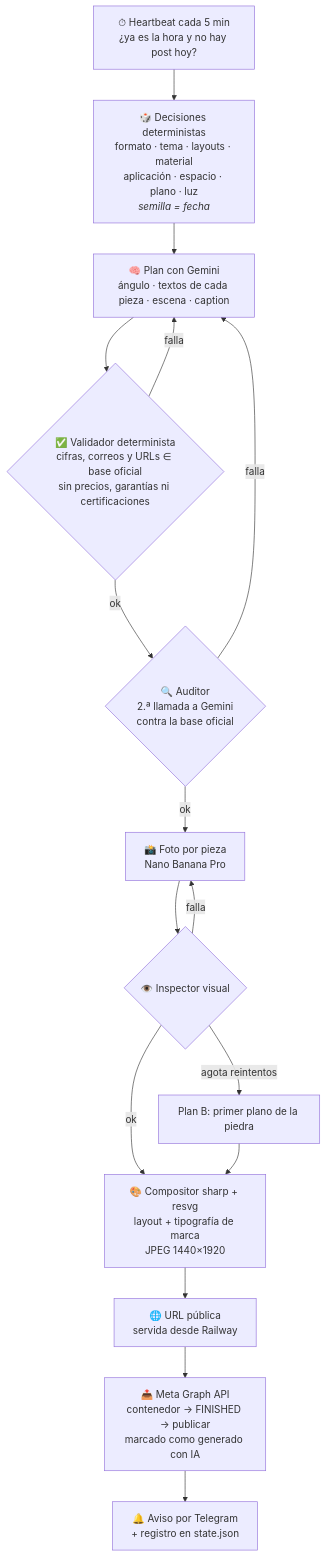
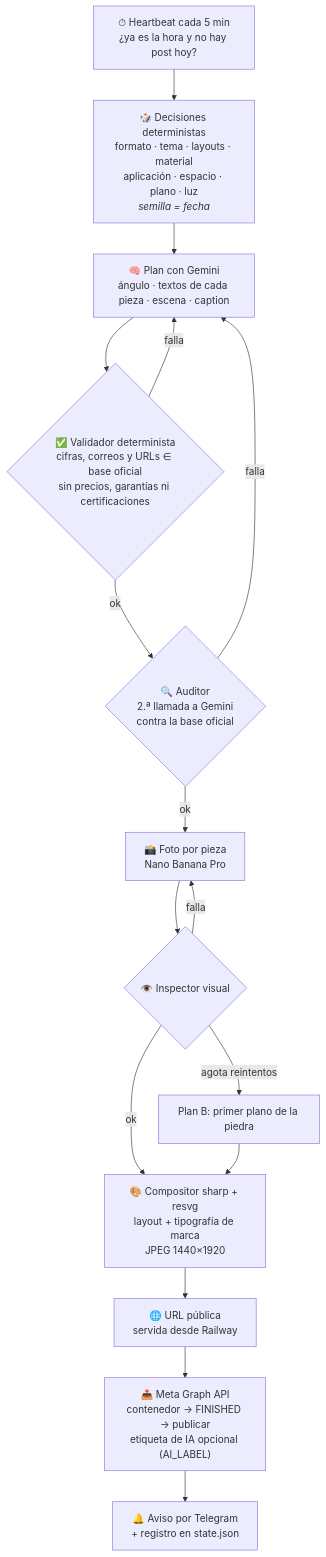
Before and after one commit to Kin9Zeus/Millimeter-SM-Automation: the diagram in README.md, drawn with Mermaid. The commit also changed other lines of this file and 8 other files, not shown here.

First line of the commit message:
Oscar como avatar IA esporádico y publicación sin etiqueta de IA

````diff
--- a/README.md
+++ b/README.md
@@ -47,22 +48,22 @@
 ```mermaid
 flowchart TD
     T["⏱ Heartbeat cada 5 min<br/>¿ya es la hora y no hay post hoy?"] --> D
     D["🎲 Decisiones deterministas<br/>formato · tema · layouts · material<br/>aplicación · espacio · plano · luz<br/><i>semilla = fecha</i>"] --> P
     P["🧠 Plan con Gemini<br/>ángulo · textos de cada pieza · escena · caption"] --> V
     V{"✅ Validador determinista<br/>cifras, correos y URLs ∈ base oficial<br/>sin precios, garantías ni certificaciones"}
     V -- falla --> P
     V -- ok --> A
     A{"🔍 Auditor<br/>2.ª llamada a Gemini<br/>contra la base oficial"}
     A -- falla --> P
     A -- ok --> F
     F["📸 Foto por pieza<br/>Nano Banana Pro"] --> I
     I{"👁️ Inspector visual"}
     I -- falla --> F
     I -- "agota reintentos" --> X["Plan B: primer plano de la piedra"]
     I -- ok --> C
     X --> C
     C["🎨 Compositor sharp + resvg<br/>layout + tipografía de marca<br/>JPEG 1440×1920"] --> U
     U["🌐 URL pública<br/>servida desde Railway"] --> M
-    M["📤 Meta Graph API<br/>contenedor → FINISHED → publicar<br/>marcado como generado con IA"] --> N
+    M["📤 Meta Graph API<br/>contenedor → FINISHED → publicar<br/>etiqueta de IA opcional (AI_LABEL)"] --> N
     N["🔔 Aviso por Telegram<br/>+ registro en state.json"]
 ```
````
